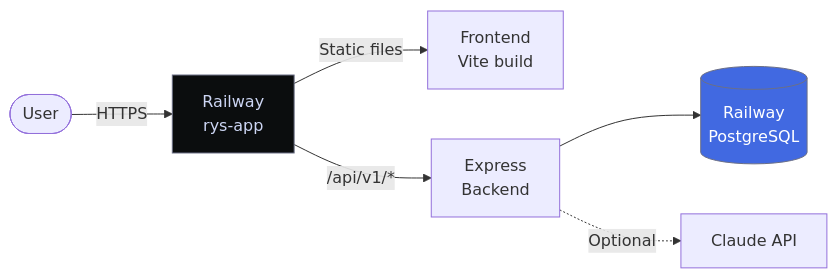
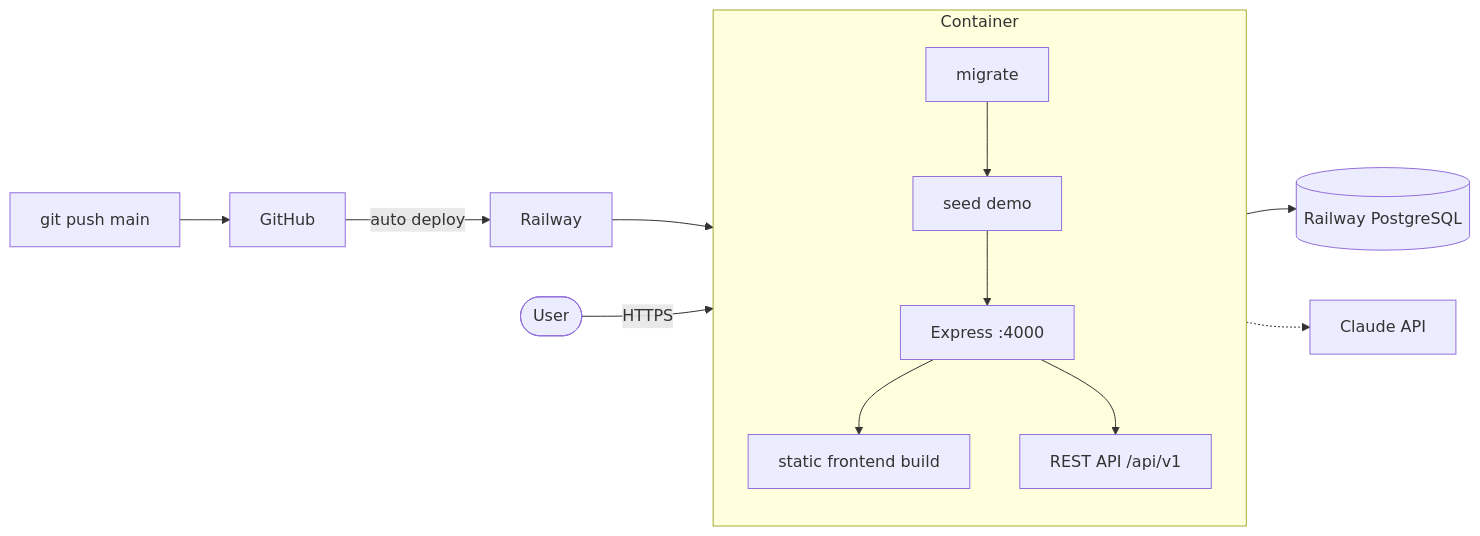
The eighth of 8 diagrams in README.md (me-adityaraj8/career-os), drawn with Mermaid before and after one commit. The commit also changed other lines of this file, not shown here.

````diff
--- a/README.md
+++ b/README.md
@@ -321,11 +574,15 @@
 ```mermaid
 graph LR
-    User([User]) -->|HTTPS| RW[Railway<br/>rys-app]
-    RW -->|Static files| FE[Frontend<br/>Vite build]
-    RW -->|/api/v1/*| BE[Express<br/>Backend]
-    BE --> PG[(Railway<br/>PostgreSQL)]
-    BE -.->|Optional| AI[Claude API]
-
-    style RW fill:#0B0D0E,stroke:#6c7086,color:#cdd6f4
-    style PG fill:#4169E1,stroke:#6c7086,color:#fff
+    Dev[git push main] --> GH[GitHub]
+    GH -->|auto deploy| RW[Railway]
+    subgraph C[Container]
+        direction TB
+        MIG[migrate] --> SEED[seed demo] --> SRV[Express :4000]
+        SRV --> ST[static frontend build]
+        SRV --> API[REST API /api/v1]
+    end
+    RW --> C
+    API --> PG[(Railway PostgreSQL)]
+    API -.-> AI[Claude API]
+    User([User]) -->|HTTPS| C
 ```
````
